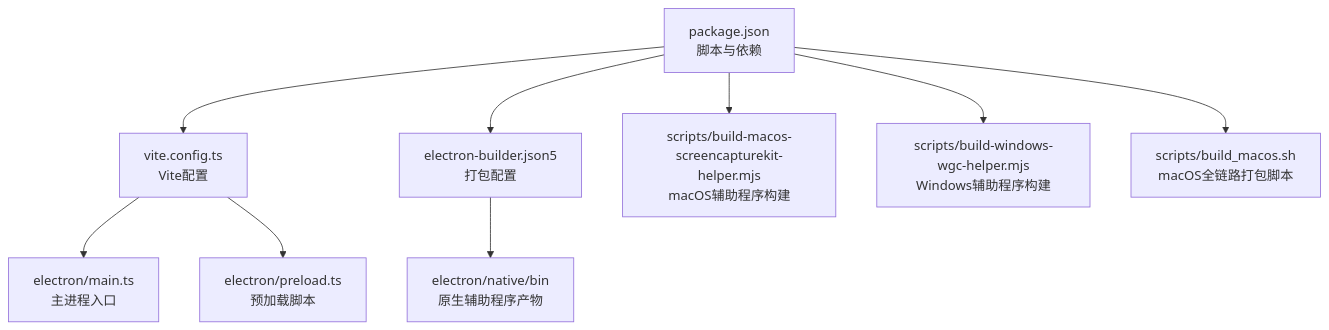
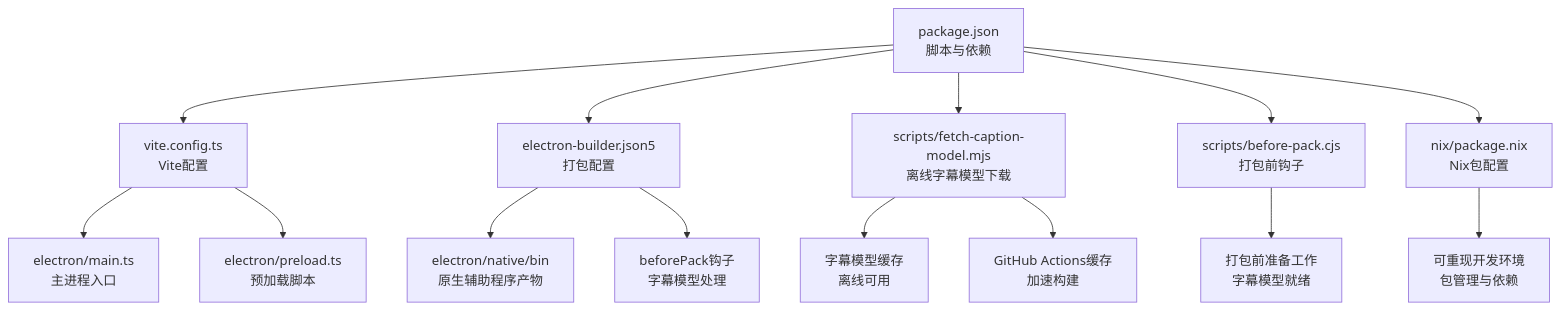
Before and after one commit to zhanggmin/openscreen: the first of 10 diagrams in .qoder/repowiki/zh/content/构建与部署.md, drawn with Mermaid. The commit also changed other lines of this file and 68 other files, not shown here.

Commit message:
开发图文编辑功能

````diff
--- a/.qoder/repowiki/zh/content/构建与部署.md
+++ b/.qoder/repowiki/zh/content/构建与部署.md
@@ -60,11 +77,16 @@
 ```mermaid
 graph TB
 A["package.json<br/>脚本与依赖"] --> B["vite.config.ts<br/>Vite配置"]
 A --> C["electron-builder.json5<br/>打包配置"]
-B --> D["electron/main.ts<br/>主进程入口"]
-B --> E["electron/preload.ts<br/>预加载脚本"]
-C --> F["electron/native/bin<br/>原生辅助程序产物"]
-A --> G["scripts/build-macos-screencapturekit-helper.mjs<br/>macOS辅助程序构建"]
-A --> H["scripts/build-windows-wgc-helper.mjs<br/>Windows辅助程序构建"]
-A --> I["scripts/build_macos.sh<br/>macOS全链路打包脚本"]
+A --> D["scripts/fetch-caption-model.mjs<br/>离线字幕模型下载"]
+A --> E["scripts/before-pack.cjs<br/>打包前钩子"]
+A --> F["nix/package.nix<br/>Nix包配置"]
+B --> G["electron/main.ts<br/>主进程入口"]
+B --> H["electron/preload.ts<br/>预加载脚本"]
+C --> I["electron/native/bin<br/>原生辅助程序产物"]
+C --> J["beforePack钩子<br/>字幕模型处理"]
+D --> K["字幕模型缓存<br/>离线可用"]
+D --> L["GitHub Actions缓存<br/>加速构建"]
+E --> M["打包前准备工作<br/>字幕模型就绪"]
+F --> N["可重现开发环境<br/>包管理与依赖"]
 ```
````
